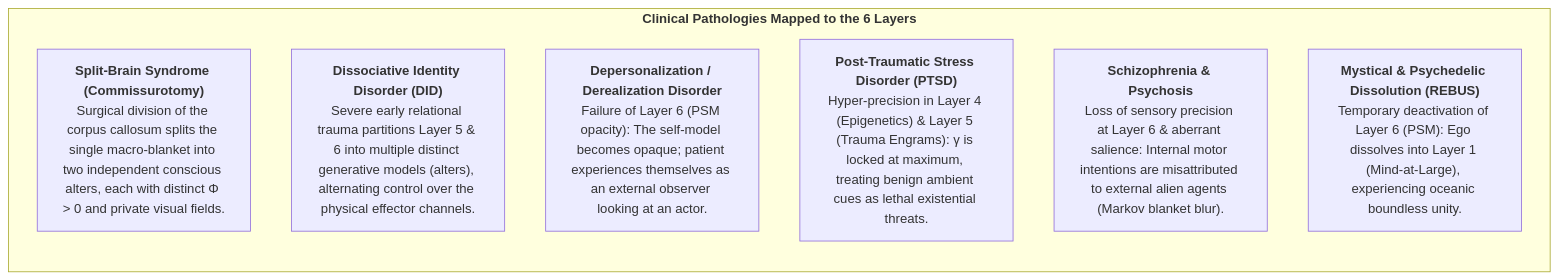
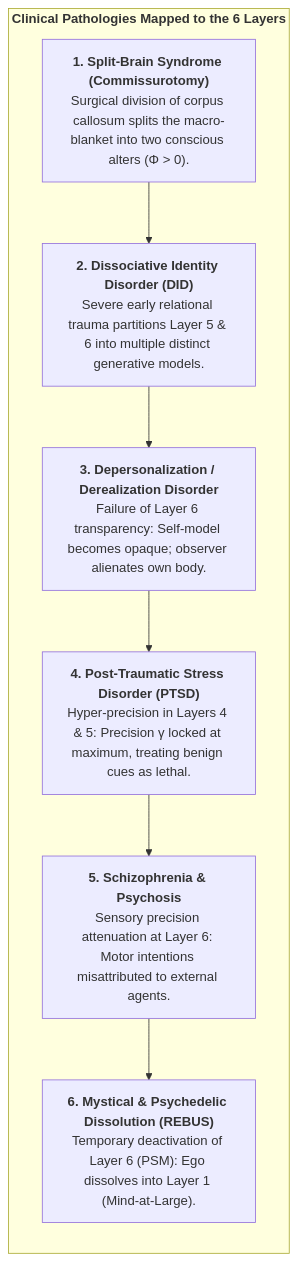
Before and after one commit to Thriebl/active-inference-phi-network: the third of 3 diagrams in book/manuscript_en/05_composition_of_the_soul_6_layers.md, drawn with Mermaid. The commit also changed other lines of this file and 16 other files, not shown here.

Commit message:
Enhance English monograph: standardize chart sizing, number figures/statements/tables, add lists before App E, link open-source repo

````diff
--- a/book/manuscript_en/05_composition_of_the_soul_6_layers.md
+++ b/book/manuscript_en/05_composition_of_the_soul_6_layers.md
@@ -132,18 +136,20 @@
 ```mermaid
 flowchart TD
     subgraph PATHOLOGY_MAPPING["<b>Clinical Pathologies Mapped to the 6 Layers</b>"]
         direction TB
         
-        P_SPLIT["<b>Split-Brain Syndrome (Commissurotomy)</b><br>Surgical division of the corpus callosum splits the single macro-blanket into two independent conscious alters, each with distinct Φ > 0 and private visual fields."]
+        P_SPLIT["<b>1. Split-Brain Syndrome (Commissurotomy)</b><br>Surgical division of corpus callosum splits the macro-blanket into two conscious alters (Φ > 0)."]
         
-        P_DID["<b>Dissociative Identity Disorder (DID)</b><br>Severe early relational trauma partitions Layer 5 & 6 into multiple distinct generative models (alters), alternating control over the physical effector channels."]
+        P_DID["<b>2. Dissociative Identity Disorder (DID)</b><br>Severe early relational trauma partitions Layer 5 & 6 into multiple distinct generative models."]
         
-        P_DEP["<b>Depersonalization / Derealization Disorder</b><br>Failure of Layer 6 (PSM opacity): The self-model becomes opaque; patient experiences themselves as an external observer looking at an actor."]
+        P_DEP["<b>3. Depersonalization / Derealization Disorder</b><br>Failure of Layer 6 transparency: Self-model becomes opaque; observer alienates own body."]
         
-        P_PTSD["<b>Post-Traumatic Stress Disorder (PTSD)</b><br>Hyper-precision in Layer 4 (Epigenetics) & Layer 5 (Trauma Engrams): γ is locked at maximum, treating benign ambient cues as lethal existential threats."]
+        P_PTSD["<b>4. Post-Traumatic Stress Disorder (PTSD)</b><br>Hyper-precision in Layers 4 & 5: Precision γ locked at maximum, treating benign cues as lethal."]
         
-        P_SCHIZ["<b>Schizophrenia & Psychosis</b><br>Loss of sensory precision at Layer 6 & aberrant salience: Internal motor intentions are misattributed to external alien agents (Markov blanket blur)."]
+        P_SCHIZ["<b>5. Schizophrenia & Psychosis</b><br>Sensory precision attenuation at Layer 6: Motor intentions misattributed to external agents."]
         
-        P_MYST["<b>Mystical & Psychedelic Dissolution (REBUS)</b><br>Temporary deactivation of Layer 6 (PSM): Ego dissolves into Layer 1 (Mind-at-Large), experiencing oceanic boundless unity."]
+        P_MYST["<b>6. Mystical & Psychedelic Dissolution (REBUS)</b><br>Temporary deactivation of Layer 6 (PSM): Ego dissolves into Layer 1 (Mind-at-Large)."]
+        
+        P_SPLIT --> P_DID --> P_DEP --> P_PTSD --> P_SCHIZ --> P_MYST
     end
 ```
````
